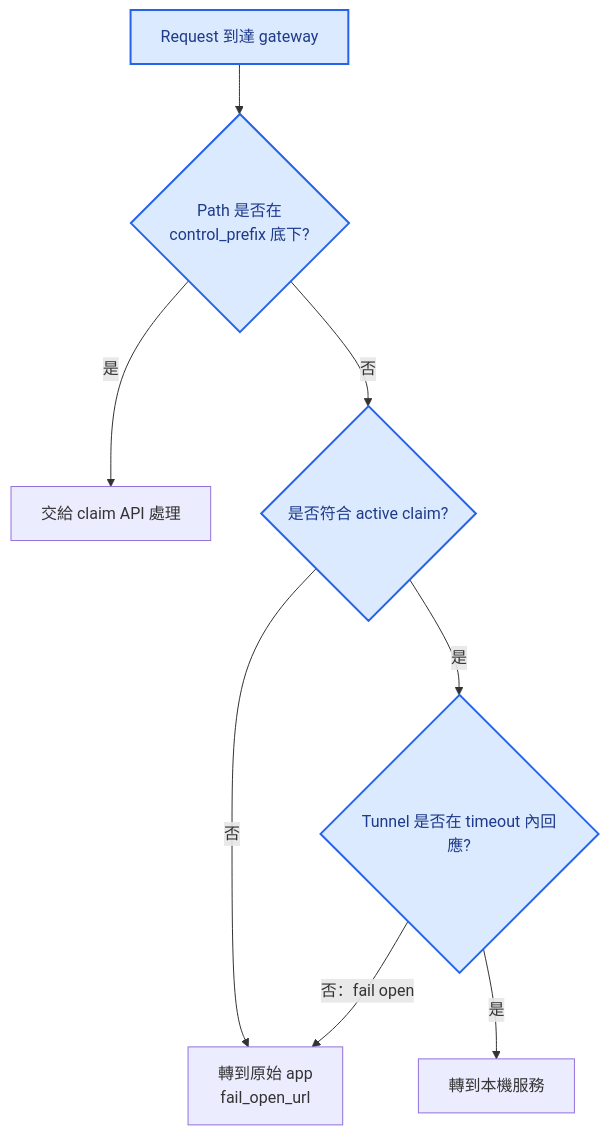
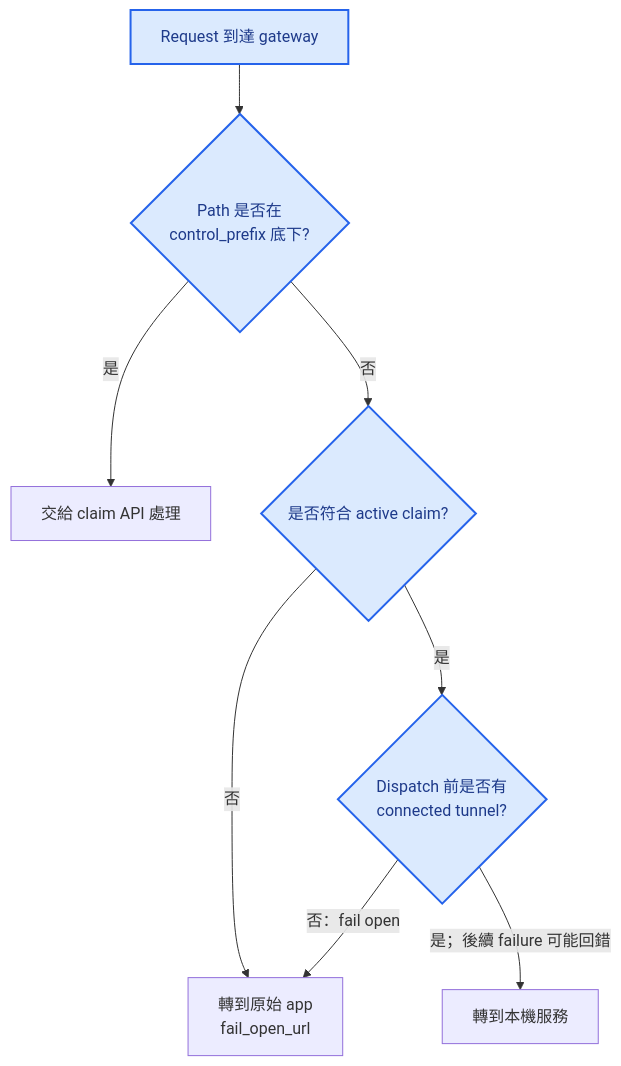
The second of 3 diagrams in docs/architecture.zh-TW.md (iml885203/tunlease), drawn with Mermaid before and after one commit. The commit also changed other lines of this file and 19 other files, not shown here.

````diff
--- a/docs/architecture.zh-TW.md
+++ b/docs/architecture.zh-TW.md
@@ -47,21 +54,21 @@
 ```mermaid
 flowchart TD
     Request[Request 到達 gateway]
     Control{Path 是否在<br/>control_prefix 底下?}
     API[交給 claim API 處理]
     Match{是否符合 active claim?}
-    Tunnel{Tunnel 是否在 timeout 內回應?}
+    Tunnel{Dispatch 前是否有<br/>connected tunnel?}
     Local[轉到本機服務]
     App[轉到原始 app<br/>fail_open_url]
 
     Request --> Control
     Control -->|是| API
     Control -->|否| Match
     Match -->|否| App
     Match -->|是| Tunnel
-    Tunnel -->|是| Local
+    Tunnel -->|是；後續 failure 可能回錯| Local
     Tunnel -->|否：fail open| App
 
     classDef tunlease fill:#dbeafe,stroke:#2563eb,color:#1e3a8a,stroke-width:2px;
     class Request,Control,Match,Tunnel tunlease;
 ```
````
